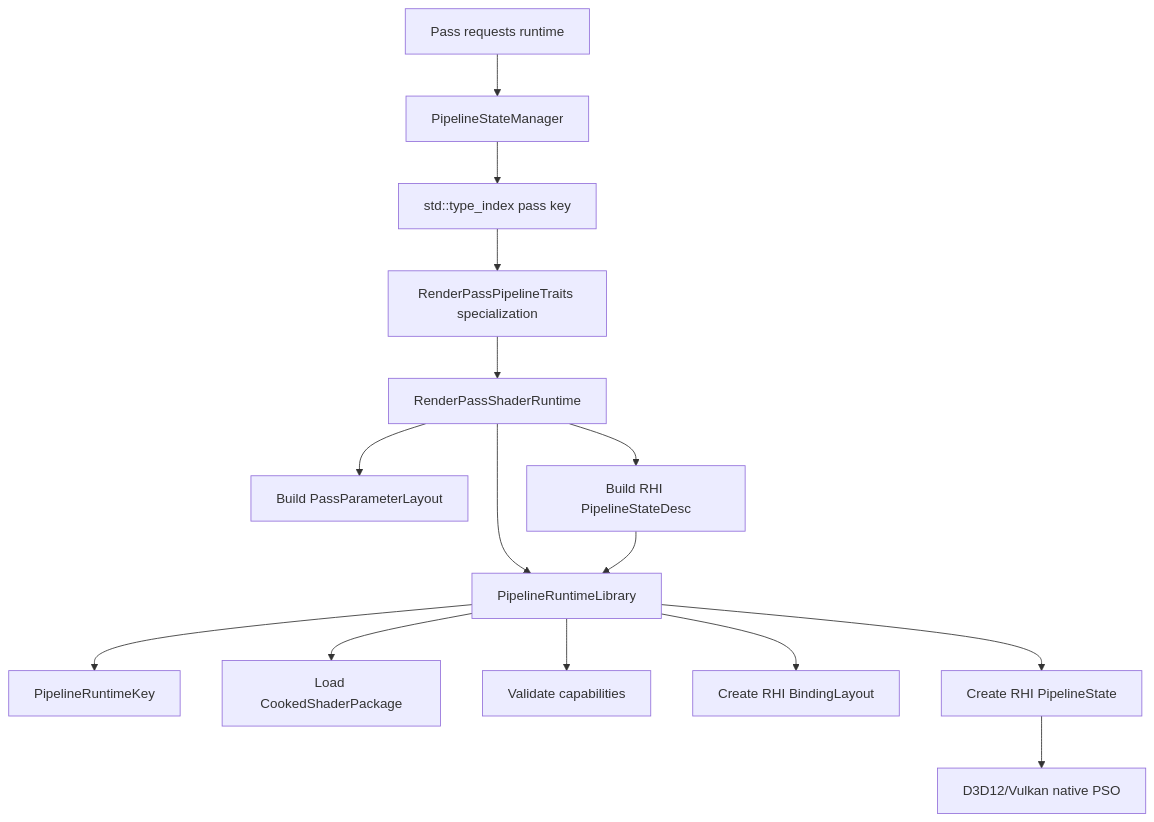
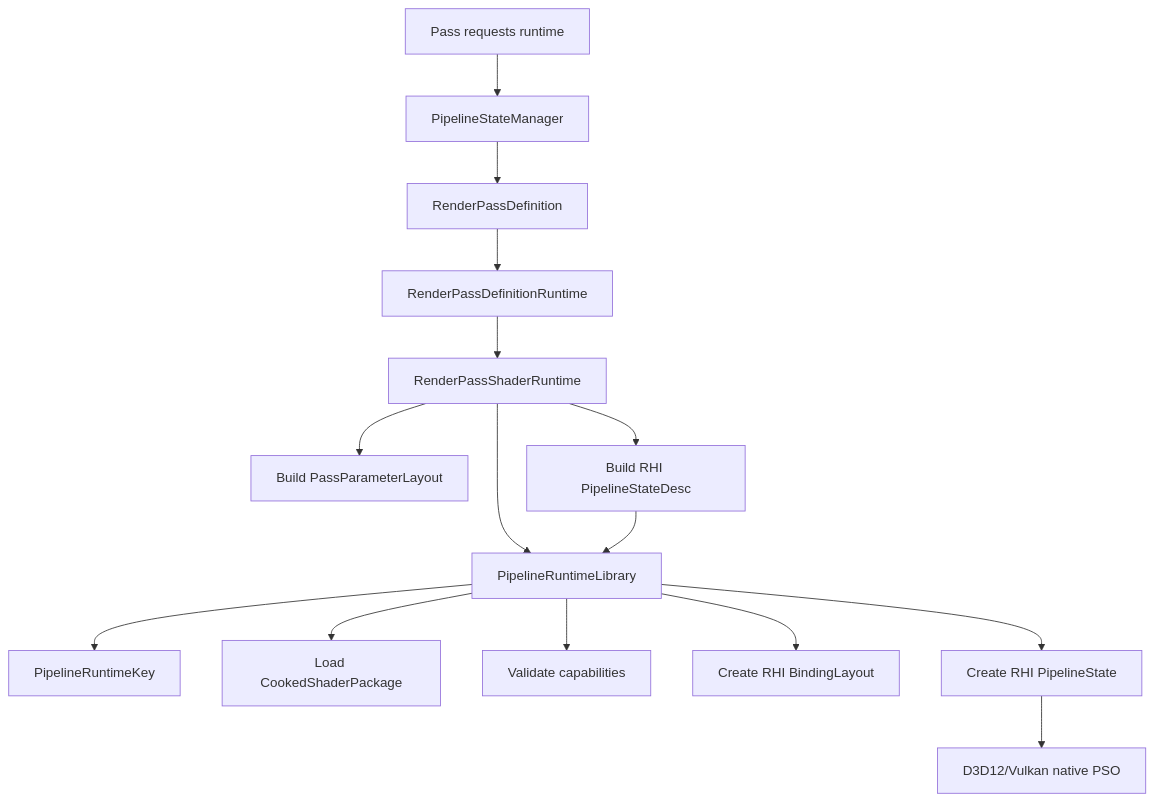
One commit to stoleckipawel/SparkleEngine changed the first of 3 diagrams in docs/architecture/pipeline-runtime-contract.md. Above: the diagram before and after it, drawn with Mermaid. The commit also changed other lines of this file and 40 other files, not shown here.

Commit message:
Introduce Declarative Pass Definition And Migrate Passes

````diff
--- a/docs/architecture/pipeline-runtime-contract.md
+++ b/docs/architecture/pipeline-runtime-contract.md
@@ -53,32 +54,32 @@
 ```mermaid
 flowchart TD
     Request[Pass requests runtime]
     Manager[PipelineStateManager]
-    TypeIndex[std::type_index pass key]
-    Traits[RenderPassPipelineTraits specialization]
+    Definition[RenderPassDefinition]
+    DefinitionRuntime[RenderPassDefinitionRuntime]
     Runtime[RenderPassShaderRuntime]
     Library[PipelineRuntimeLibrary]
     Key[PipelineRuntimeKey]
     Layout[Build PassParameterLayout]
     Package[Load CookedShaderPackage]
     Caps[Validate capabilities]
     Binding[Create RHI BindingLayout]
     Desc[Build RHI PipelineStateDesc]
     PSO[Create RHI PipelineState]
     Backend[D3D12/Vulkan native PSO]
 
     Request --> Manager
-    Manager --> TypeIndex
-    TypeIndex --> Traits
-    Traits --> Runtime
+    Manager --> Definition
+    Definition --> DefinitionRuntime
+    DefinitionRuntime --> Runtime
     Runtime --> Layout
     Runtime --> Library
     Library --> Package
     Library --> Caps
     Library --> Binding
     Library --> Key
     Runtime --> Desc
     Desc --> Library
     Library --> PSO
     PSO --> Backend
 ```
````
